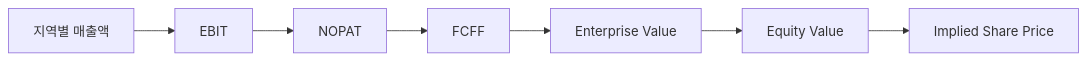
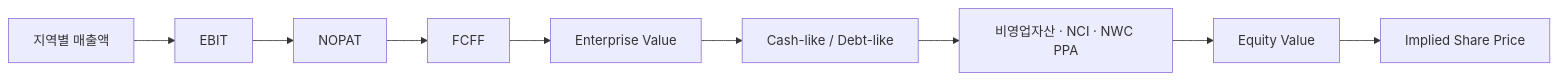
The second of 3 diagrams in README.md (hahnjune0118/Orion_DCF_Valuation), drawn with Mermaid before and after one commit. The commit also changed other lines of this file, not shown here.

````diff
--- a/README.md
+++ b/README.md
@@ -80,9 +141,11 @@
 ```mermaid
 flowchart LR
     A[지역별 매출액] --> B[EBIT]
     B --> C[NOPAT]
     C --> D[FCFF]
     D --> E[Enterprise Value]
-    E --> F[Equity Value]
-    F --> G[Implied Share Price]
+    E --> F[Cash-like / Debt-like]
+    F --> G[비영업자산 · NCI · NWC PPA]
+    G --> H[Equity Value]
+    H --> I[Implied Share Price]
 ```
````
